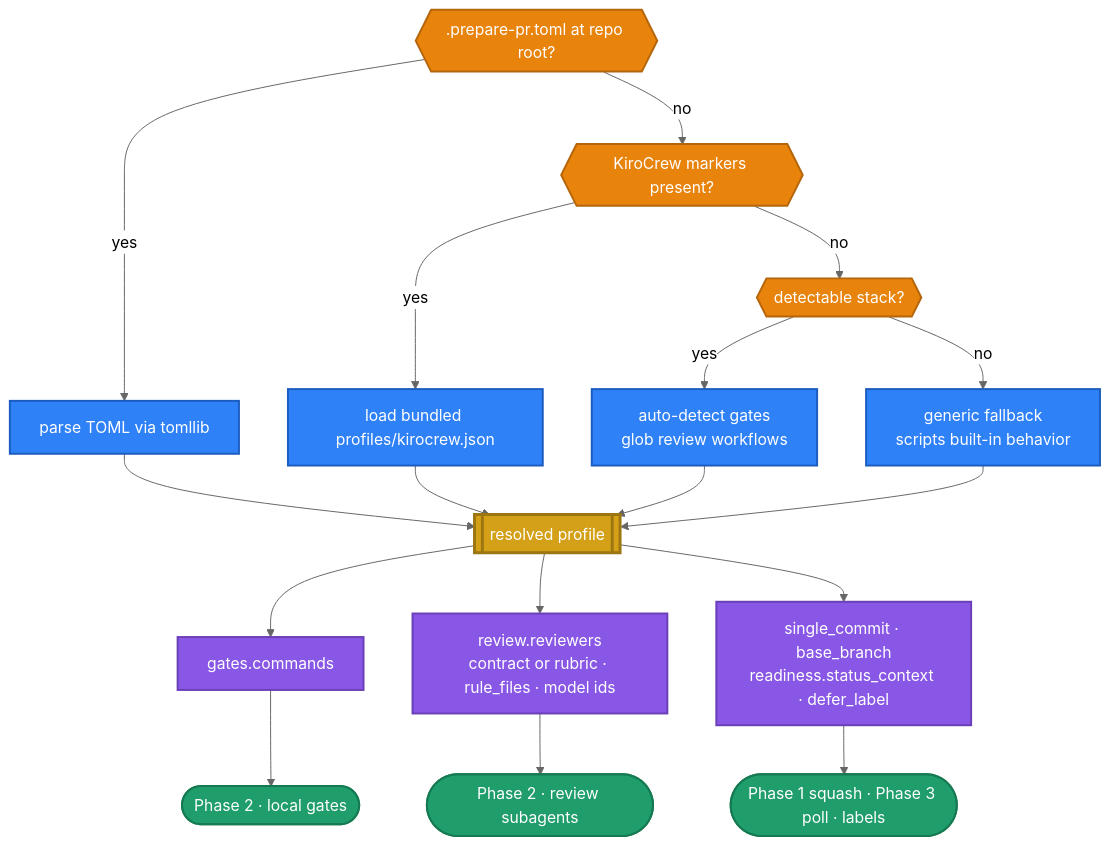
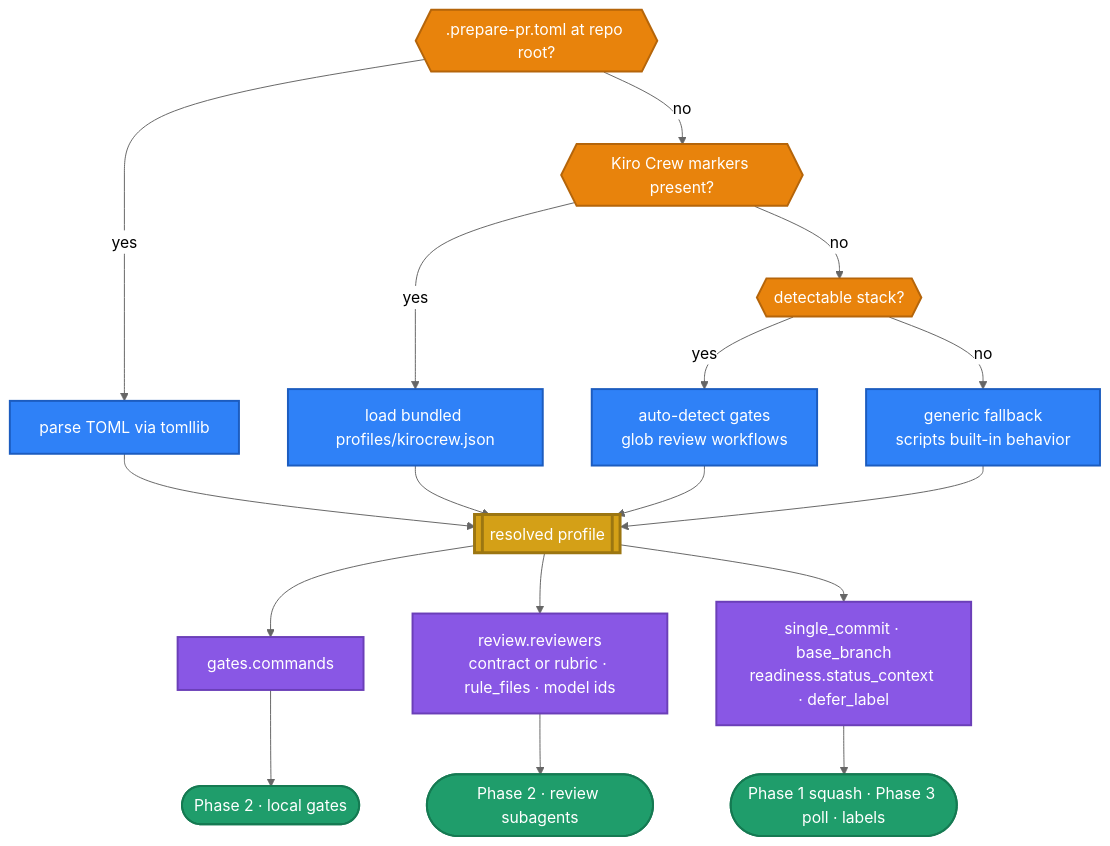
Before and after one commit to Arin016/KiroCrew: the second of 2 diagrams in src/kiro_crew/docs/prepare-pr-portability.md, drawn with Mermaid (neutral theme). The commit also changed other lines of this file and 33 other files, not shown here.

````diff
--- a/src/kiro_crew/docs/prepare-pr-portability.md
+++ b/src/kiro_crew/docs/prepare-pr-portability.md
@@ -247,35 +247,35 @@
 ```mermaid
 flowchart TB
     C1{{".prepare-pr.toml at repo root?"}}
     C1 -->|"yes"| P1["parse TOML via tomllib"]
-    C1 -->|"no"| C2{{"KiroCrew markers present?"}}
+    C1 -->|"no"| C2{{"Kiro Crew markers present?"}}
     C2 -->|"yes"| P2["load bundled profiles/kirocrew.json"]
     C2 -->|"no"| C3{{"detectable stack?"}}
     C3 -->|"yes"| P3["auto-detect gates<br/>glob review workflows"]
     C3 -->|"no"| P4["generic fallback<br/>scripts built-in behavior"]
 
     P1 --> PROF[["resolved profile"]]
     P2 --> PROF
     P3 --> PROF
     P4 --> PROF
 
     PROF --> A1["gates.commands"]
     PROF --> A2["review.reviewers<br/>contract or rubric · rule_files · model ids"]
     PROF --> A3["single_commit · base_branch<br/>readiness.status_context · defer_label"]
 
     A1 --> N1(["Phase 2 · local gates"])
     A2 --> N2(["Phase 2 · review subagents"])
     A3 --> N3(["Phase 1 squash · Phase 3 poll · labels"])
 
     classDef cond fill:#e8830c,stroke:#b5650a,stroke-width:2px,color:#fff;
     classDef path fill:#2f81f7,stroke:#1c5cbf,stroke-width:2px,color:#fff;
     classDef prof fill:#d4a017,stroke:#9c7611,stroke-width:3px,color:#fff;
     classDef axis fill:#8957e5,stroke:#6b3fb8,stroke-width:2px,color:#fff;
     classDef node fill:#1f9d6b,stroke:#157a52,stroke-width:2px,color:#fff;
 
     class C1,C2,C3 cond;
     class P1,P2,P3,P4 path;
     class PROF prof;
     class A1,A2,A3 axis;
     class N1,N2,N3 node;
 ```
````
